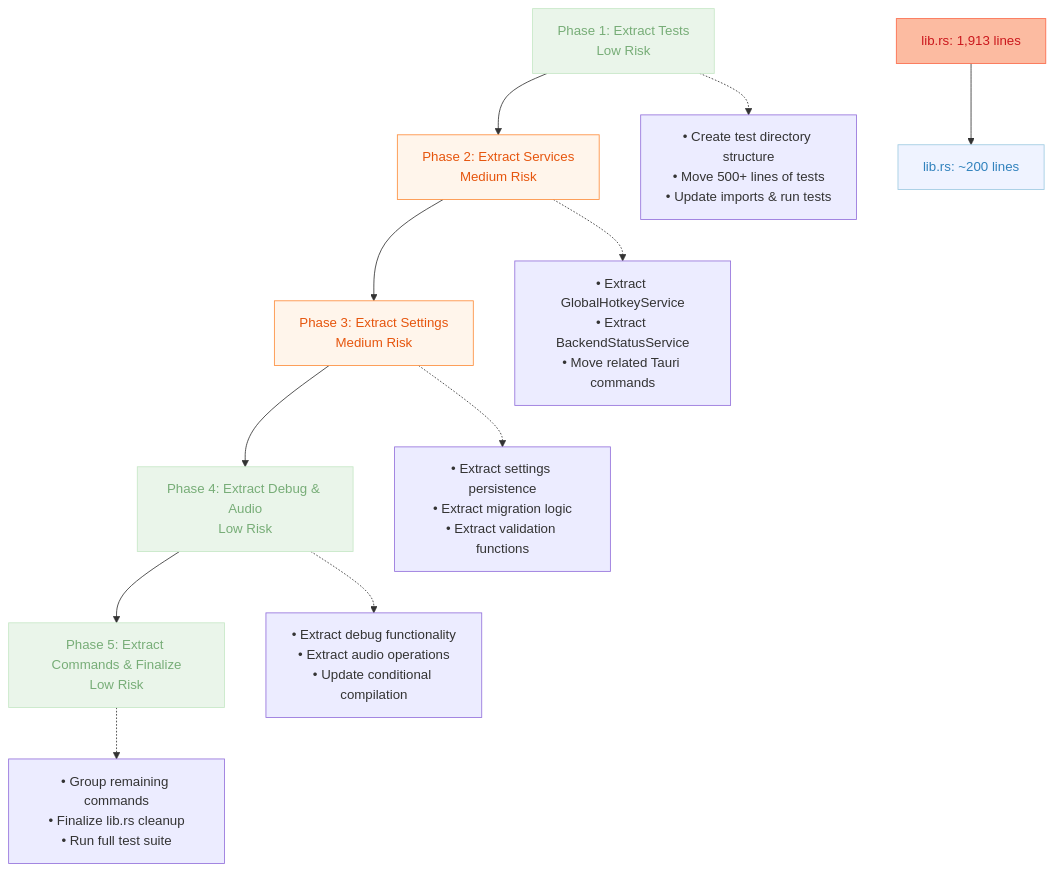
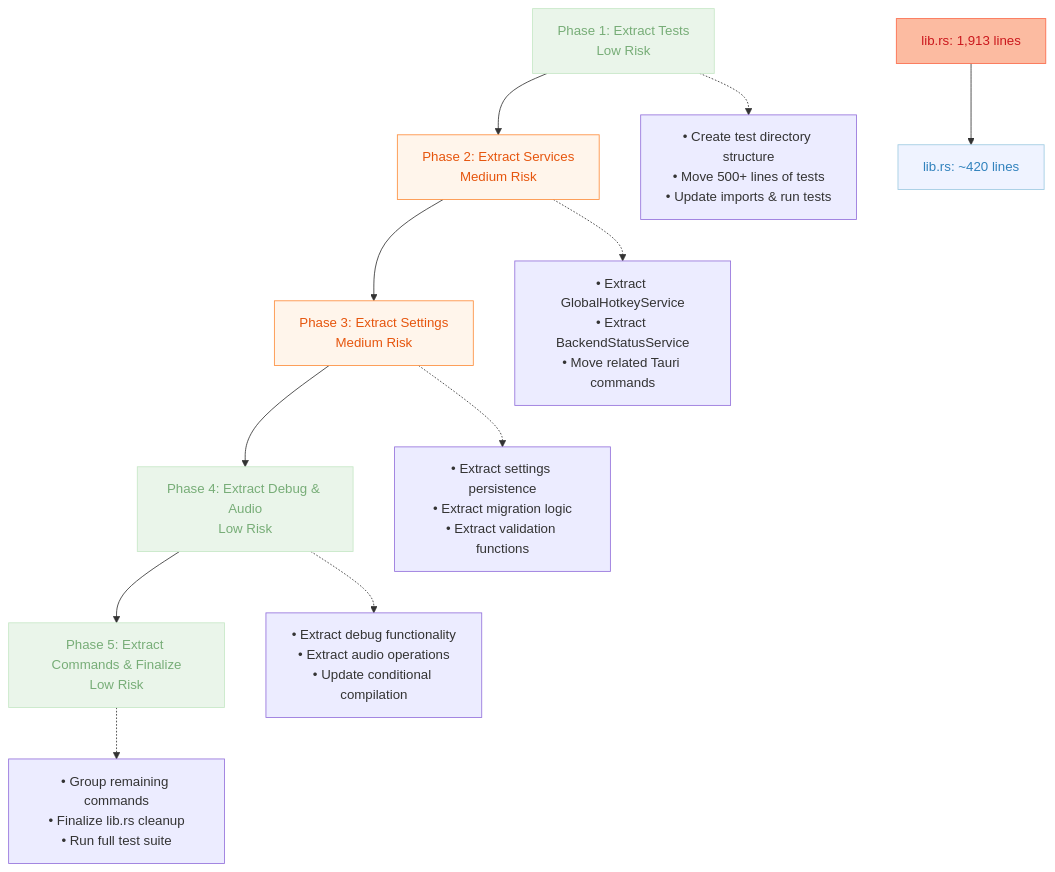
Before and after one commit to djessup/speakr: the diagram in docs/refactor/README.md, drawn with Mermaid. The commit also changed other lines of this file and 6 other files, not shown here.

````diff
--- a/docs/refactor/README.md
+++ b/docs/refactor/README.md
@@ -201,31 +201,31 @@
 ```mermaid
 graph TD
     A["Phase 1: Extract Tests<br/>Low Risk"] --> B["Phase 2: Extract Services<br/>Medium Risk"]
     B --> C["Phase 3: Extract Settings<br/>Medium Risk"]
     C --> D["Phase 4: Extract Debug & Audio<br/>Low Risk"]
     D --> E["Phase 5: Extract Commands & Finalize<br/>Low Risk"]
 
     A1["• Create test directory structure<br/>• Move 500+ lines of tests<br/>• Update imports & run tests"]
     B1["• Extract GlobalHotkeyService<br/>• Extract BackendStatusService<br/>• Move related Tauri commands"]
     C1["• Extract settings persistence<br/>• Extract migration logic<br/>• Extract validation functions"]
     D1["• Extract debug functionality<br/>• Extract audio operations<br/>• Update conditional compilation"]
     E1["• Group remaining commands<br/>• Finalize lib.rs cleanup<br/>• Run full test suite"]
 
     A -.-> A1
     B -.-> B1
     C -.-> C1
     D -.-> D1
     E -.-> E1
 
-    F["lib.rs: 1,913 lines"] --> G["lib.rs: ~200 lines"]
+    F["lib.rs: 1,913 lines"] --> G["lib.rs: ~420 lines"]
 
     classDef process fill:#EAF5EA,stroke:#C6E7C6,color:#77AD77
     classDef decision fill:#FFF5EB,stroke:#FD8D3C,color:#E6550D
     classDef error fill:#FCBBA1,stroke:#FB6A4A,color:#CB181D
     classDef data fill:#EFF3FF,stroke:#9ECAE1,color:#3182BD
 
     class A,D,E process
     class B,C decision
     class F error
     class G data
 ```
````
